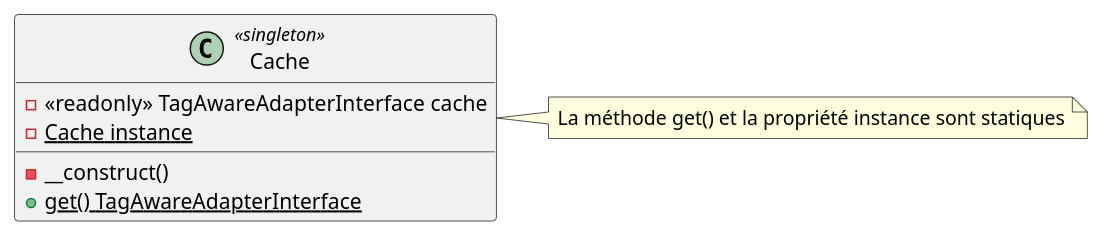
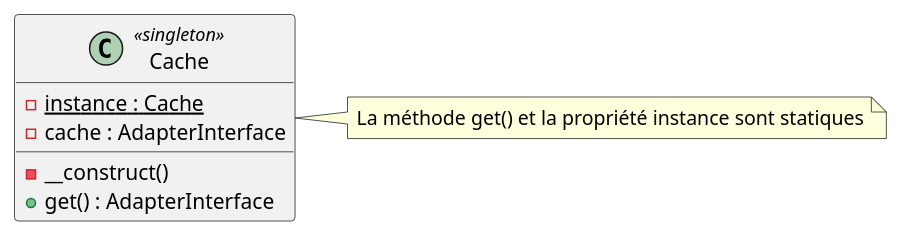
One commit to ralixt/tp-performances-backend changed the diagram in docs/assets/cache-singleton.puml. Above: the diagram before and after it, drawn with PlantUML. The commit also changed 15 other files, not shown here.

```diff
--- a/docs/assets/cache-singleton.puml
+++ b/docs/assets/cache-singleton.puml
@@ -1,12 +1,12 @@
-@startuml
+@startuml cache-singleton
 
 class Cache <<singleton>> {
-  - <<readonly>> TagAwareAdapterInterface cache
-  - {static} Cache instance
+  - {static} instance : Cache
+  - cache : AdapterInterface
   - __construct()
-  + {static} get() TagAwareAdapterInterface
+  + get() : AdapterInterface
 }
 
 note right of Cache : La méthode get() et la propriété instance sont statiques
 
 @enduml
```
